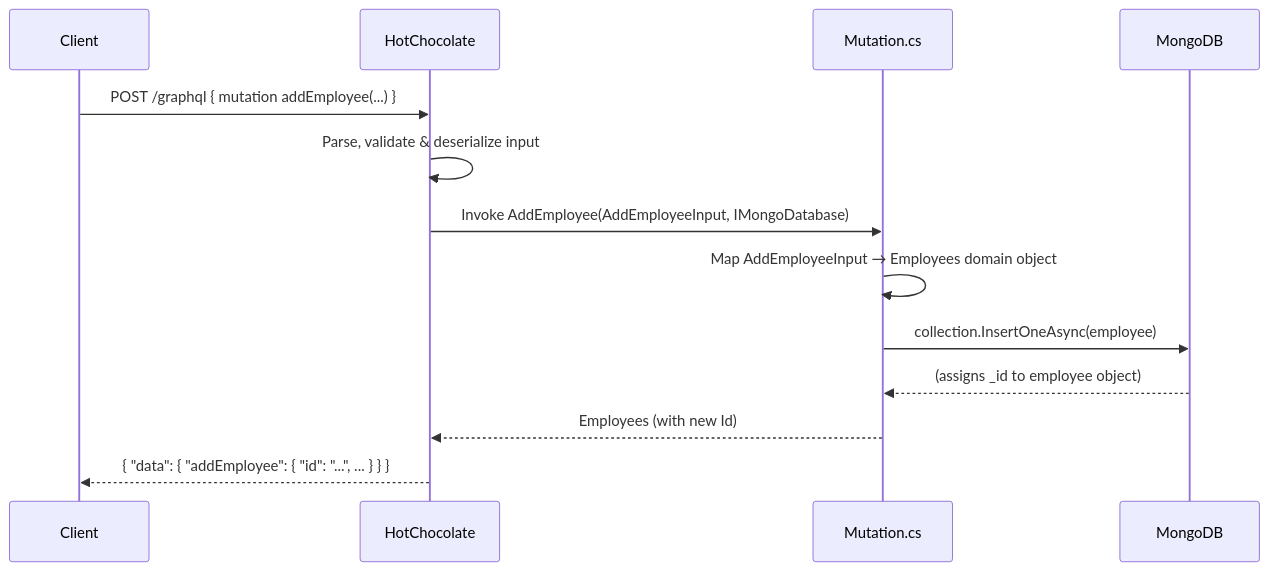
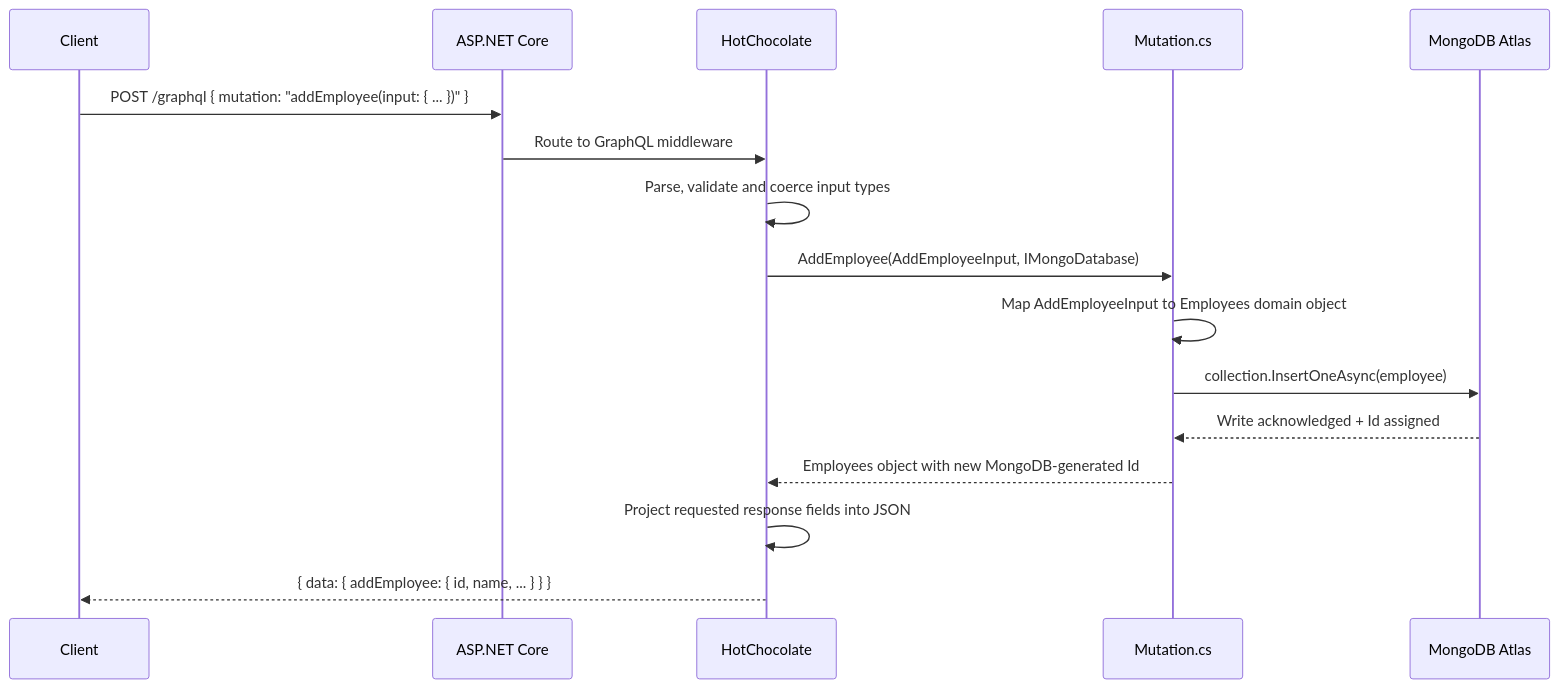
The sixth of 8 diagrams in README.md (Shotza247/GraphQL-Server-SetUp.Net), drawn with Mermaid before and after one commit. The commit also changed other lines of this file, not shown here.

````diff
--- a/README.md
+++ b/README.md
@@ -238,16 +262,19 @@
 ```mermaid
 sequenceDiagram
     participant Client
-    participant HotChocolate
-    participant Mutation.cs
-    participant MongoDB
+    participant ASP as ASP.NET Core
+    participant HC as HotChocolate
+    participant Mutation as Mutation.cs
+    participant Mongo as MongoDB Atlas
 
-    Client->>HotChocolate: POST /graphql { mutation addEmployee(...) }
-    HotChocolate->>HotChocolate: Parse, validate & deserialize input
-    HotChocolate->>Mutation.cs: Invoke AddEmployee(AddEmployeeInput, IMongoDatabase)
-    Mutation.cs->>Mutation.cs: Map AddEmployeeInput → Employees domain object
-    Mutation.cs->>MongoDB: collection.InsertOneAsync(employee)
-    MongoDB-->>Mutation.cs: (assigns _id to employee object)
-    Mutation.cs-->>HotChocolate: Employees (with new Id)
-    HotChocolate-->>Client: { "data": { "addEmployee": { "id": "...", ... } } }
+    Client->>ASP: POST /graphql { mutation: "addEmployee(input: { ... })" }
+    ASP->>HC: Route to GraphQL middleware
+    HC->>HC: Parse, validate and coerce input types
+    HC->>Mutation: AddEmployee(AddEmployeeInput, IMongoDatabase)
+    Mutation->>Mutation: Map AddEmployeeInput to Employees domain object
+    Mutation->>Mongo: collection.InsertOneAsync(employee)
+    Mongo-->>Mutation: Write acknowledged + Id assigned
+    Mutation-->>HC: Employees object with new MongoDB-generated Id
+    HC->>HC: Project requested response fields into JSON
+    HC-->>Client: { data: { addEmployee: { id, name, ... } } }
 ```
````
